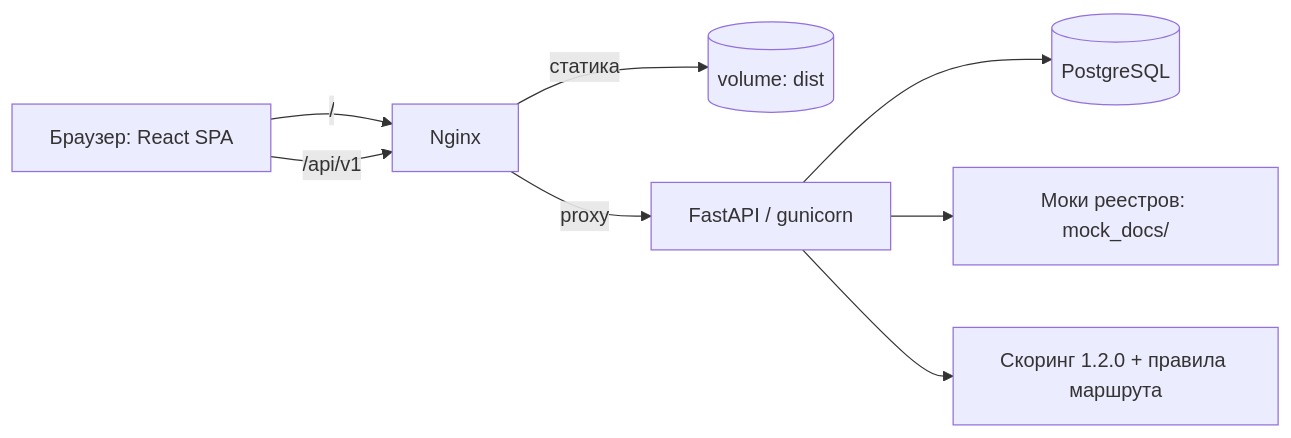
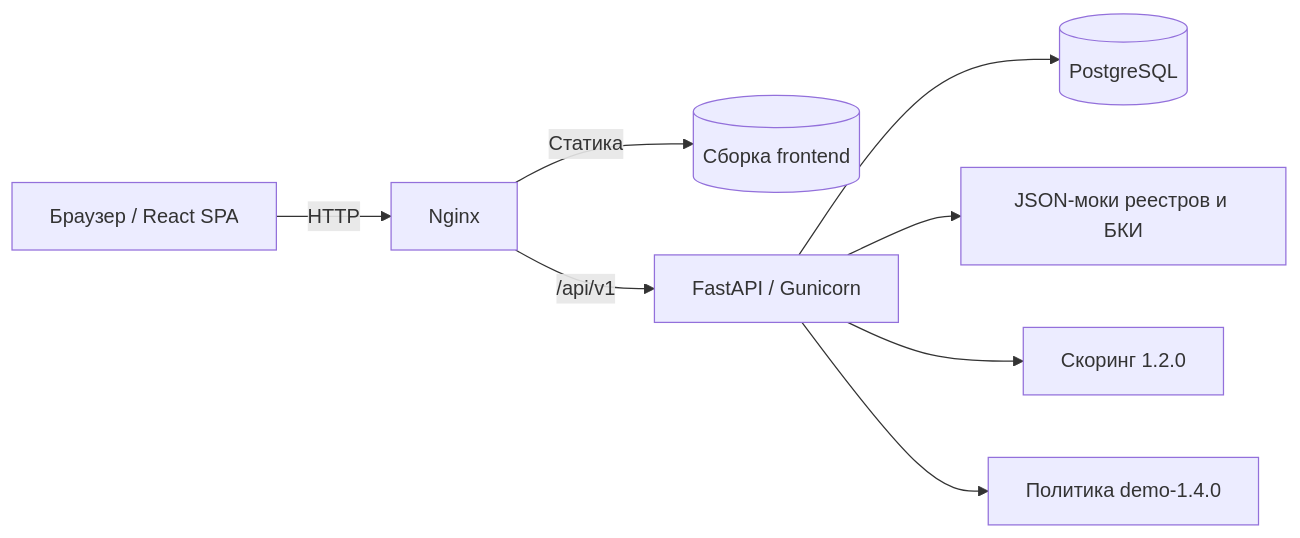
The first of 4 diagrams in docs/ARCHITECTURE.md (oxyW647/alfa-hack-2026), drawn with Mermaid before and after one commit. The commit also changed other lines of this file and 17 other files, not shown here.

````diff
--- a/docs/ARCHITECTURE.md
+++ b/docs/ARCHITECTURE.md
@@ -24,10 +18,10 @@
 ```mermaid
 flowchart LR
-    Browser[Браузер: React SPA] -->|/| Nginx
-    Browser -->|/api/v1| Nginx
-    Nginx -->|статика| Static[(volume: dist)]
-    Nginx -->|proxy| API[FastAPI / gunicorn]
-    API --> DB[(PostgreSQL)]
-    API --> Registry[Моки реестров: mock_docs/]
-    API --> Model[Скоринг 1.2.0 + правила маршрута]
+    B[Браузер / React SPA] -->|HTTP| N[Nginx]
+    N -->|Статика| F[(Сборка frontend)]
+    N -->|/api/v1| A[FastAPI / Gunicorn]
+    A --> P[(PostgreSQL)]
+    A --> R[JSON-моки реестров и БКИ]
+    A --> S[Скоринг 1.2.0]
+    A --> C[Политика demo-1.4.0]
 ```
````
